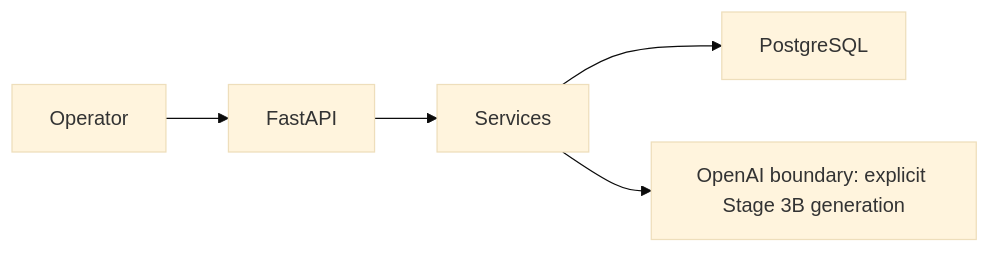
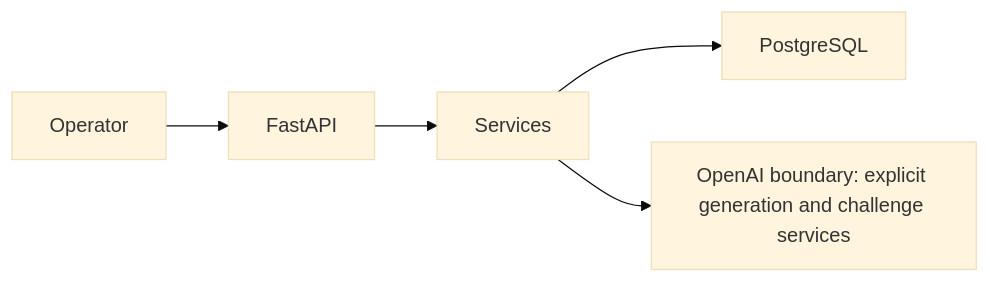
One commit to takaven/takaven-go changed the diagram in docs/ARCHITECTURE.md. Above: the diagram before and after it, drawn with Mermaid (base theme). The commit also changed other lines of this file and 11 other files, not shown here.

Commit message:
Implement Stage 3C challenge foundation

````diff
--- a/docs/ARCHITECTURE.md
+++ b/docs/ARCHITECTURE.md
@@ -5,7 +5,7 @@
 ```mermaid
 flowchart LR
   Operator --> FastAPI
   FastAPI --> Services
   Services --> PostgreSQL
-  Services --> OpenAI[OpenAI boundary: explicit Stage 3B generation]
+  Services --> OpenAI[OpenAI boundary: explicit generation and challenge services]
 ```
````
